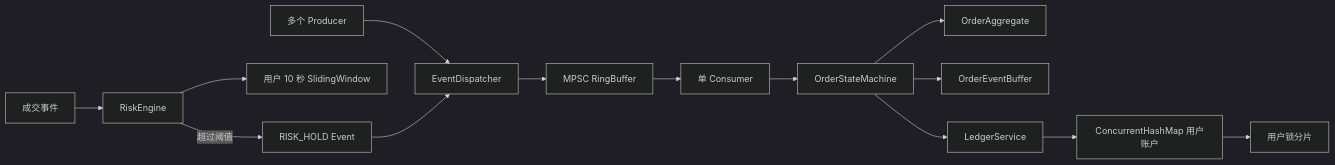
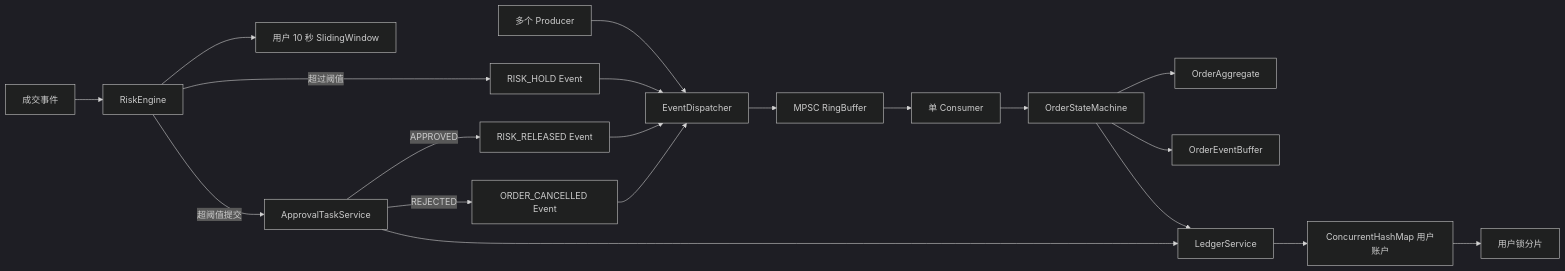
One commit to YANSHAO0032/cex-core-engine changed the first of 4 diagrams in README.md. Above: the diagram before and after it, drawn with Mermaid (dark theme). The commit also changed other lines of this file and 12 other files, not shown here.

Commit message:
Add approval task workflow

````diff
--- a/README.md
+++ b/README.md
@@ -48,18 +53,24 @@
 ```mermaid
 flowchart LR
     P[多个 Producer] --> D[EventDispatcher]
     D --> R[MPSC RingBuffer]
     R --> C[单 Consumer]
     C --> S[OrderStateMachine]
     S --> O[OrderAggregate]
     S --> B[OrderEventBuffer]
 
     T[成交事件] --> RE[RiskEngine]
     RE --> W[用户 10 秒 SlidingWindow]
     RE -->|超过阈值| RH[RISK_HOLD Event]
     RH --> D
+    RE -->|超阈值提交| AT[ApprovalTaskService]
+    AT -->|APPROVED| RR[RISK_RELEASED Event]
+    AT -->|REJECTED| RC[ORDER_CANCELLED Event]
+    RR --> D
+    RC --> D
 
     S --> L[LedgerService]
+    AT --> L
     L --> A[ConcurrentHashMap 用户账户]
     A --> LS[用户锁分片]
 ```
````
